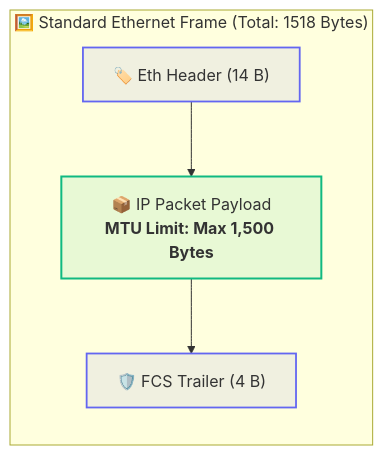
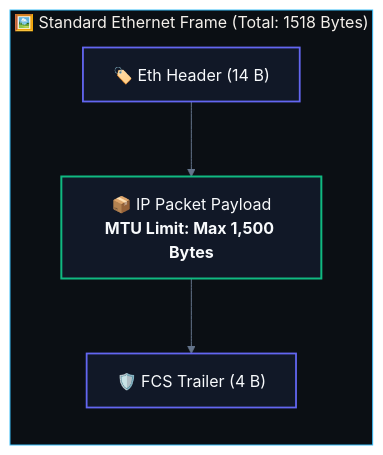
One commit to abhinavbharti2345/CS_Notes changed the first of 3 diagrams in CS/Computer Networking/02. Data Flow & Encapsulation/05. MTU and Fragmentation.md. Above: the diagram before and after it, drawn with Mermaid. The commit also changed other lines of this file and 195 other files, not shown here.

````diff
--- a/CS/Computer Networking/02. Data Flow & Encapsulation/05. MTU and Fragmentation.md
+++ b/CS/Computer Networking/02. Data Flow & Encapsulation/05. MTU and Fragmentation.md
@@ -27,15 +27,16 @@
 ```mermaid
+%%{init: {'theme': 'base', 'themeVariables': { 'darkMode': true, 'background': '#0B0F14', 'mainBkg': '#111827', 'primaryColor': '#111827', 'primaryTextColor': '#F8FAFC', 'primaryBorderColor': '#38BDF8', 'lineColor': '#64748B', 'secondaryColor': '#0B0F14', 'tertiaryColor': '#0B0F14', 'clusterBkg': '#0B0F14', 'clusterBorder': '#38BDF8' }}}%%
 flowchart TD
     subgraph Frame ["🖼️ Standard Ethernet Frame (Total: 1518 Bytes)"]
         direction TD
         H["🏷️ Eth Header (14 B)"]
         IP["📦 IP Packet Payload<br/><b>MTU Limit: Max 1,500 Bytes</b>"]
         T["🛡️ FCS Trailer (4 B)"]
         H --> IP --> T
     end
 
-    classDef eth fill:#6366f118,stroke:#6366f1,stroke-width:1.8px;
-    classDef mtu fill:#10b98118,stroke:#10b981,stroke-width:2px;
+    classDef eth fill:#111827,stroke:#6366f1,stroke-width:1.8px,color:#F8FAFC;
+    classDef mtu fill:#111827,stroke:#10b981,stroke-width:2px,color:#F8FAFC;
     class H,T eth;
     class IP mtu;
 ```
````
